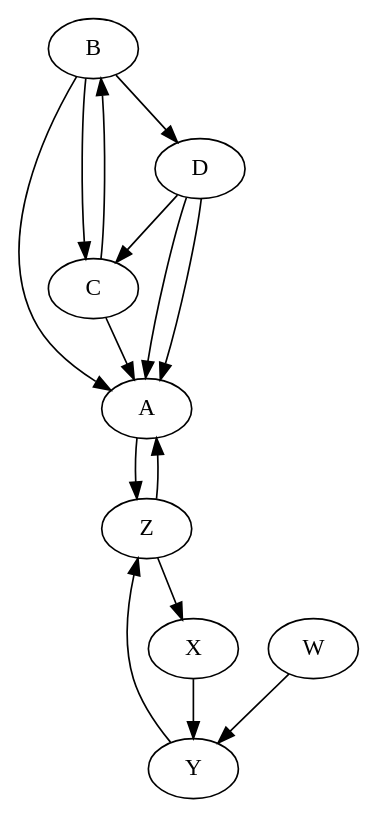
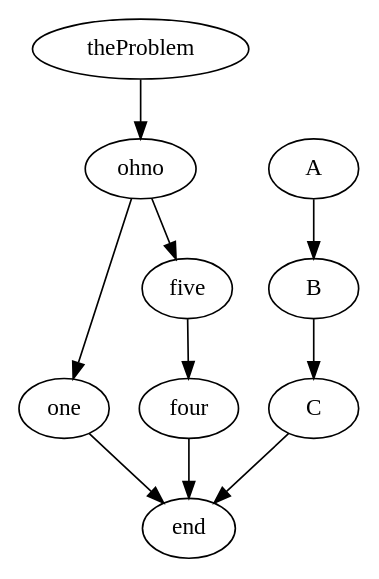
Before and after one commit to bkelsey2216/Advogato: the diagram in master-graph.dot, drawn with Graphviz. The commit also changed 16 other files, not shown here.

```diff
--- a/master-graph.dot
+++ b/master-graph.dot
@@ -1,16 +1,14 @@
 digraph G {
-   B -> A [level="Observer"];
-   B -> C [level="Observer"];
-   B -> D [level="Master"];
-   D -> A [level="Observer"];
-   C -> A [level="Observer"];
-   D -> A [level="Master"];
-   D -> C [level="Observer"];
-   C -> B [level="Observer"];
-   X -> Y [level="Observer"];
-   Z -> X [level="Observer"];
-   Y -> Z [level="Observer"];
-   W -> Y [level="Observer"];
-   A -> Z [level="Master"];
-   Z -> A [level="Master"];   
+	
+   one -> end [level="Master"];
+   ohno -> one [level="Master"];
+   theProblem -> ohno [level="Master"];
+   four -> end [level="Master"];   
+   five -> four [level="Master"];
+   ohno -> five [level="Master"];
+   A -> B [level="Master"]; 
+   B -> C [level="Master"]; 
+   C -> end [level="Master"]; 
+ 
+
 }
```
